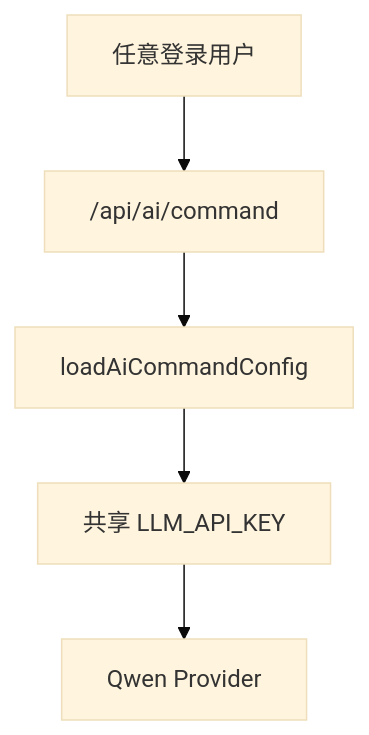
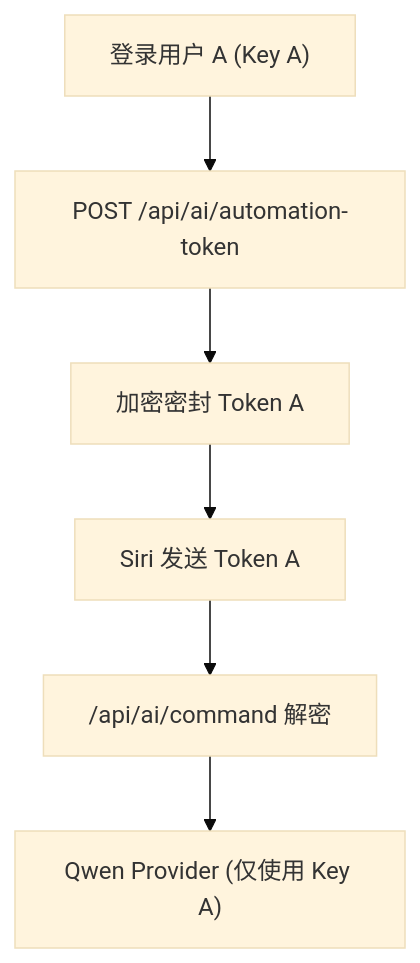
The seventh of 26 diagrams in docs/ai-home-poc-design.md (zhangys10/mijia-web-console), drawn with Mermaid (base theme) before and after one commit. The commit also changed other lines of this file and 19 other files, not shown here.

Commit message:
feat(ai): add per-user LLM token configuration and settings page

````diff
--- a/docs/ai-home-poc-design.md
+++ b/docs/ai-home-poc-design.md
@@ -392,7 +392,8 @@
 ```mermaid
 flowchart TD
-    A["任意登录用户"] --> B["/api/ai/command"]
-    B --> C["loadAiCommandConfig"]
-    C --> D["共享 LLM_API_KEY"]
-    D --> E["Qwen Provider"]
+    A["登录用户 A (Key A)"] --> B["POST /api/ai/automation-token"]
+    B --> C["加密密封 Token A"]
+    C --> D["Siri 发送 Token A"]
+    D --> E["/api/ai/command 解密"]
+    E --> F["Qwen Provider (仅使用 Key A)"]
 ```
````
